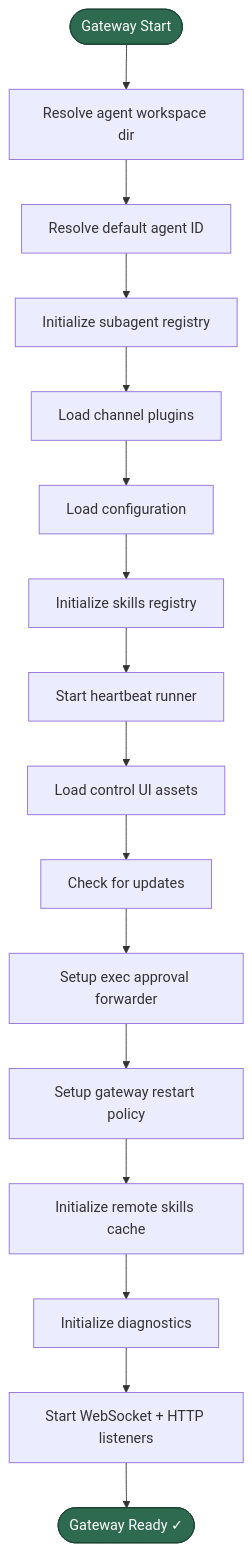
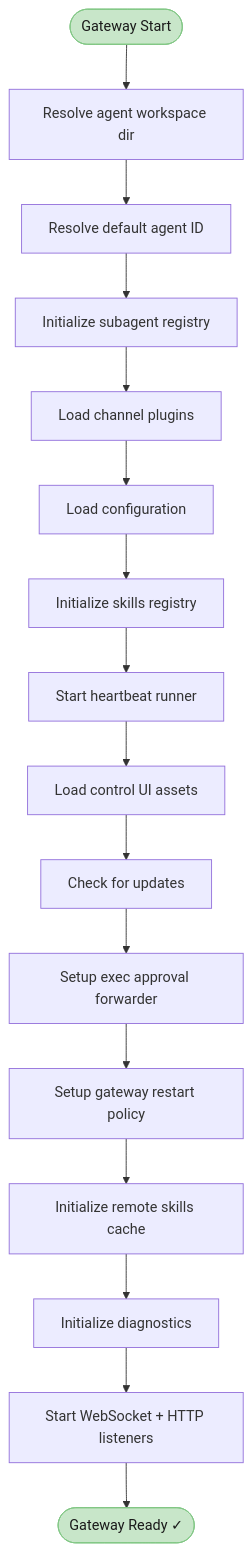
One commit to lordaouy/openclaw changed the seventh of 44 diagrams in docs/reference/technical-architecture-report.md. Above: the diagram before and after it, drawn with Mermaid. The commit also changed other lines of this file, not shown here.

First line of the commit message:
docs: replace dark Mermaid diagram colors with light readable palette

````diff
--- a/docs/reference/technical-architecture-report.md
+++ b/docs/reference/technical-architecture-report.md
@@ -503,21 +503,21 @@
 ```mermaid
 flowchart TD
     Start([Gateway Start]) --> ResolveWorkspace["Resolve agent workspace dir"]
     ResolveWorkspace --> ResolveAgent["Resolve default agent ID"]
     ResolveAgent --> InitSubagents["Initialize subagent registry"]
     InitSubagents --> LoadPlugins["Load channel plugins"]
     LoadPlugins --> LoadConfig["Load configuration"]
     LoadConfig --> InitSkills["Initialize skills registry"]
     InitSkills --> StartHeartbeat["Start heartbeat runner"]
     StartHeartbeat --> LoadControlUI["Load control UI assets"]
     LoadControlUI --> CheckUpdates["Check for updates"]
     CheckUpdates --> SetupApprovals["Setup exec approval forwarder"]
     SetupApprovals --> SetupRestart["Setup gateway restart policy"]
     SetupRestart --> InitRemoteSkills["Initialize remote skills cache"]
     InitRemoteSkills --> InitDiagnostics["Initialize diagnostics"]
     InitDiagnostics --> StartListening["Start WebSocket + HTTP listeners"]
     StartListening --> Ready([Gateway Ready ✓])
 
-    style Start fill:#2d6a4f,stroke:#1b4332,color:white
-    style Ready fill:#2d6a4f,stroke:#1b4332,color:white
+    style Start fill:#c8e6c9,stroke:#81c784,color:#1a1a1a
+    style Ready fill:#c8e6c9,stroke:#81c784,color:#1a1a1a
 ```
````
